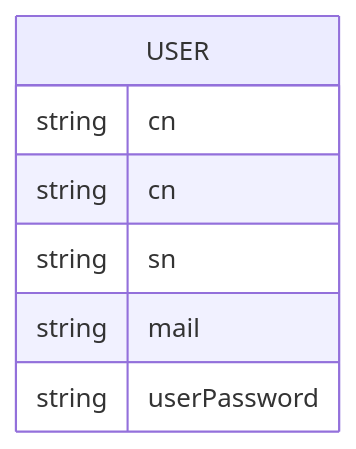
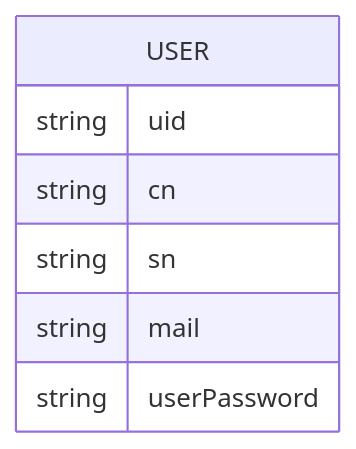
Before and after one commit to bouw0026/LDAP-notes.md: the second of 2 diagrams in README.md, drawn with Mermaid.

````diff
--- a/README.md
+++ b/README.md
@@ -159,10 +159,10 @@
 ```mermaid
 erDiagram
     USER {
-        string cn
+        string uid
         string cn
         string sn
         string mail
         string userPassword
     }
 ```
````
